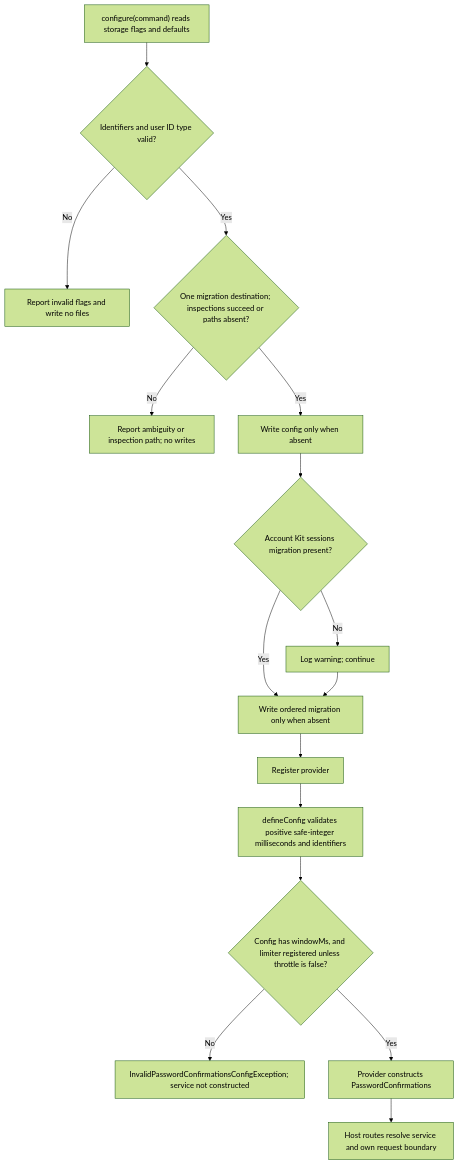
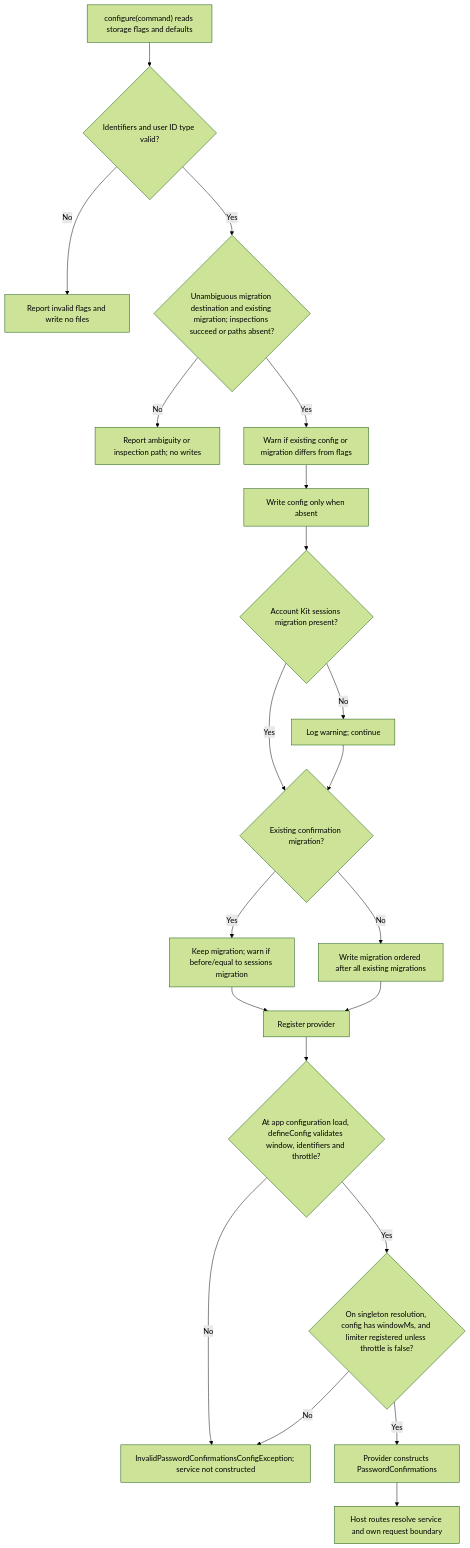
One commit to Kevinjohn/oss-adonisjs-confirm-action-with-password changed the second of 2 diagrams in user-stories/US-CONFIRM-04-configure-confirmations.md. Above: the diagram before and after it, drawn with Mermaid (forest theme). The commit also changed other lines of this file and 11 other files, not shown here.

````diff
--- a/user-stories/US-CONFIRM-04-configure-confirmations.md
+++ b/user-stories/US-CONFIRM-04-configure-confirmations.md
@@ -51,18 +58,23 @@
 ```mermaid
 flowchart TD
     A["configure(command) reads storage flags and defaults"] --> B{"Identifiers and user ID type valid?"}
     B -->|No| C["Report invalid flags and write no files"]
-    B -->|Yes| R{"One migration destination; inspections succeed or paths absent?"}
+    B -->|Yes| R{"Unambiguous migration destination and existing migration; inspections succeed or paths absent?"}
     R -->|No| R2["Report ambiguity or inspection path; no writes"]
-    R -->|Yes| D["Write config only when absent"]
+    R -->|Yes| W["Warn if existing config or migration differs from flags"]
+    W --> D["Write config only when absent"]
     D --> B2{"Account Kit sessions migration present?"}
     B2 -->|No| B3["Log warning; continue"]
-    B2 -->|Yes| M["Write ordered migration only when absent"]
-    B3 --> M
+    B2 -->|Yes| N{"Existing confirmation migration?"}
+    B3 --> N
+    N -->|Yes| P["Keep migration; warn if before/equal to sessions migration"]
+    N -->|No| M["Write migration ordered after all existing migrations"]
+    P --> E
     M --> E["Register provider"]
-    E --> F["defineConfig validates positive safe-integer milliseconds and identifiers"]
-    F --> G{"Config has windowMs, and limiter registered unless throttle is false?"}
+    E --> F{"At app configuration load, defineConfig validates window, identifiers and throttle?"}
+    F -->|No| G2
+    F -->|Yes| G{"On singleton resolution, config has windowMs, and limiter registered unless throttle is false?"}
     G -->|No| G2["InvalidPasswordConfirmationsConfigException; service not constructed"]
     G -->|Yes| G3["Provider constructs PasswordConfirmations"]
     G3 --> H["Host routes resolve service and own request boundary"]
 ```
````
